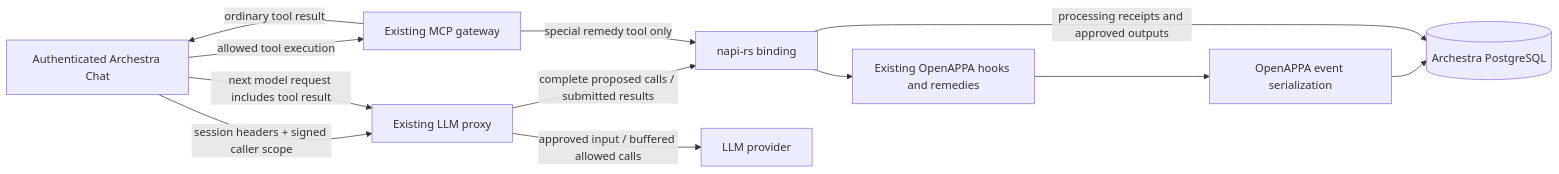
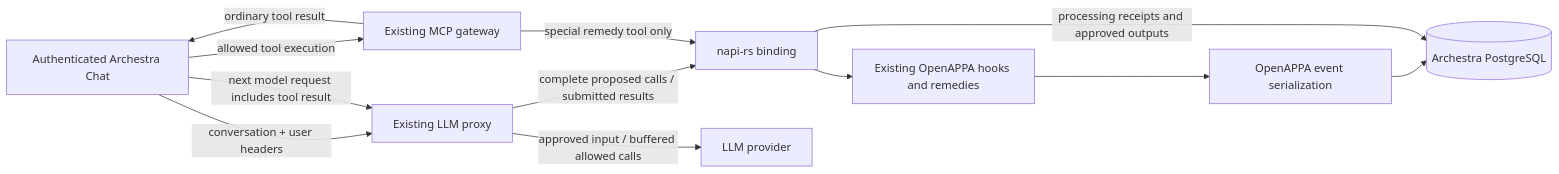
One commit to archestra-ai/archestra changed the diagram in platform/archestra-rs/openappa-rs/README.md. Above: the diagram before and after it, drawn with Mermaid. The commit also changed other lines of this file and 9 other files, not shown here.

````diff
--- a/platform/archestra-rs/openappa-rs/README.md
+++ b/platform/archestra-rs/openappa-rs/README.md
@@ -9,14 +9,14 @@
 ```mermaid
 flowchart LR
-  C[Authenticated Archestra Chat] -->|session headers + signed caller scope| P[Existing LLM proxy]
+  C[Authenticated Archestra Chat] -->|conversation + user headers| P[Existing LLM proxy]
   P -->|complete proposed calls / submitted results| N[napi-rs binding]
   N --> H[Existing OpenAPPA hooks and remedies]
   H --> E[OpenAPPA event serialization]
   E --> D[(Archestra PostgreSQL)]
   N -->|processing receipts and approved outputs| D
   P -->|approved input / buffered allowed calls| L[LLM provider]
   C -->|allowed tool execution| M[Existing MCP gateway]
   M -->|ordinary tool result| C
   C -->|next model request includes tool result| P
   M -->|special remedy tool only| N
 ```
````
